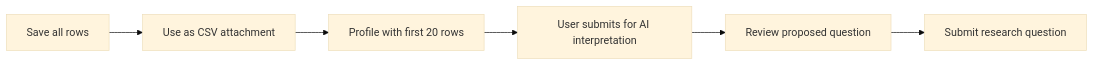
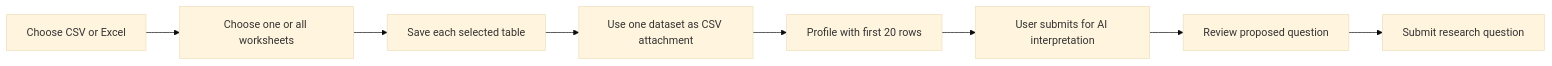
The second of 2 diagrams in data/course/README.md (RodAcevedoF/atlas), drawn with Mermaid (base theme) before and after one commit. The commit also changed other lines of this file and 47 other files, not shown here.

````diff
--- a/data/course/README.md
+++ b/data/course/README.md
@@ -49,8 +52,10 @@
 ```mermaid
 flowchart LR
-    Save[Save all rows] --> Use[Use as CSV attachment]
+    Upload[Choose CSV or Excel] --> Select[Choose one or all worksheets]
+    Select --> Save[Save each selected table]
+    Save --> Use[Use one dataset as CSV attachment]
     Use --> Profile[Profile with first 20 rows]
     Profile --> Interpret[User submits for AI interpretation]
     Interpret --> Review[Review proposed question]
     Review --> Research[Submit research question]
 ```
````
